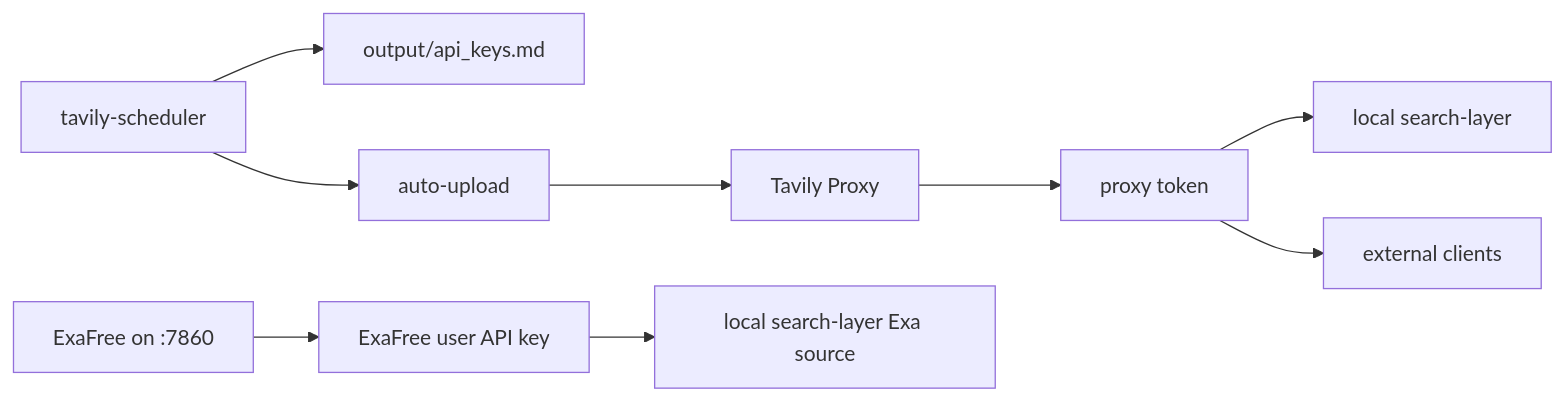
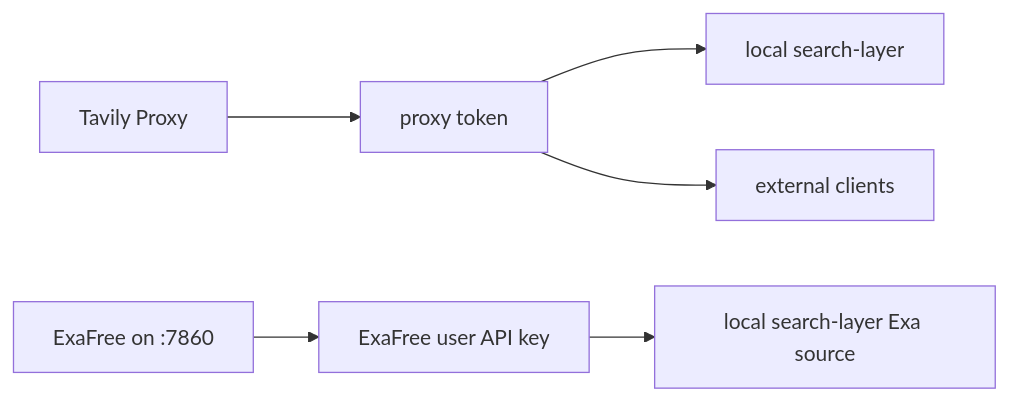
Before and after one commit to Facetomyself/reverse-expert-kb: the diagram in infra/hosts/oracle-proxy/PROJECTS.md, drawn with Mermaid. The commit also changed other lines of this file and 34 other files, not shown here.

````diff
--- a/infra/hosts/oracle-proxy/PROJECTS.md
+++ b/infra/hosts/oracle-proxy/PROJECTS.md
@@ -18,12 +17,9 @@
 ```mermaid
 flowchart LR
-  A[tavily-scheduler] --> B[output/api_keys.md]
-  A --> C[auto-upload]
-  C --> D[Tavily Proxy]
-  D --> E[proxy token]
+  D[Tavily Proxy] --> E[proxy token]
   E --> F[local search-layer]
   E --> G[external clients]
 
   H[ExaFree on :7860] --> I[ExaFree user API key]
   I --> J[local search-layer Exa source]
 ```
````
